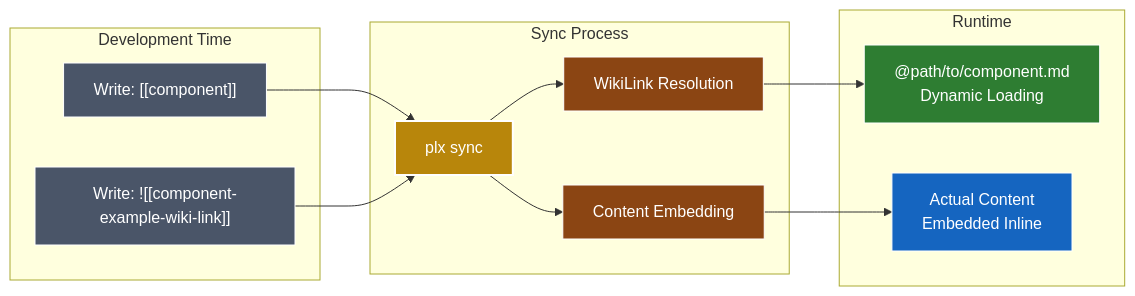
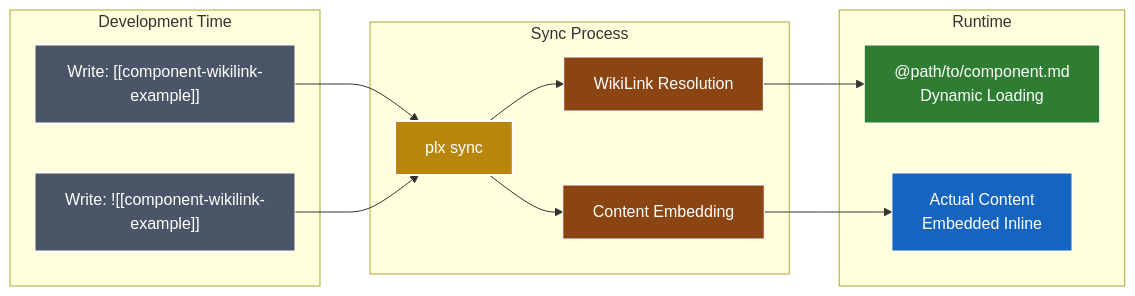
Before and after one commit to its-brianwithai/pew-pew-plx: the fourth of 9 diagrams in README.md, drawn with Mermaid. The commit also changed other lines of this file and 224 other files, not shown here.

First line of the commit message:
[PPW] Update meta agents and fix WikiLink references

````diff
--- a/README.md
+++ b/README.md
@@ -283,33 +283,33 @@
 ```mermaid
 graph LR
     subgraph "Development Time"
-        D1["Write: [[component]]"]
-        D2["Write: ![[component-example-wiki-link]]"]
+        D1["Write: [[component-wikilink-example]]"]
+        D2["Write: ![[component-wikilink-example]]"]
     end
     
     subgraph "Sync Process"
         S1[plx sync]
         S2[WikiLink Resolution]
         S3[Content Embedding]
     end
     
     subgraph "Runtime"
         R1["@path/to/component.md<br/>Dynamic Loading"]
         R2["Actual Content<br/>Embedded Inline"]
     end
     
     D1 --> S1
     D2 --> S1
     S1 --> S2
     S1 --> S3
     S2 --> R1
     S3 --> R2
     
     style D1 fill:#4a5568,stroke:#fff,color:#fff
     style D2 fill:#4a5568,stroke:#fff,color:#fff
     style S1 fill:#b8860b,stroke:#fff,stroke-width:2px,color:#fff
     style S2 fill:#8b4513,stroke:#fff,color:#fff
     style S3 fill:#8b4513,stroke:#fff,color:#fff
     style R1 fill:#2e7d32,stroke:#fff,color:#fff
     style R2 fill:#1565c0,stroke:#fff,color:#fff
 ```
````
